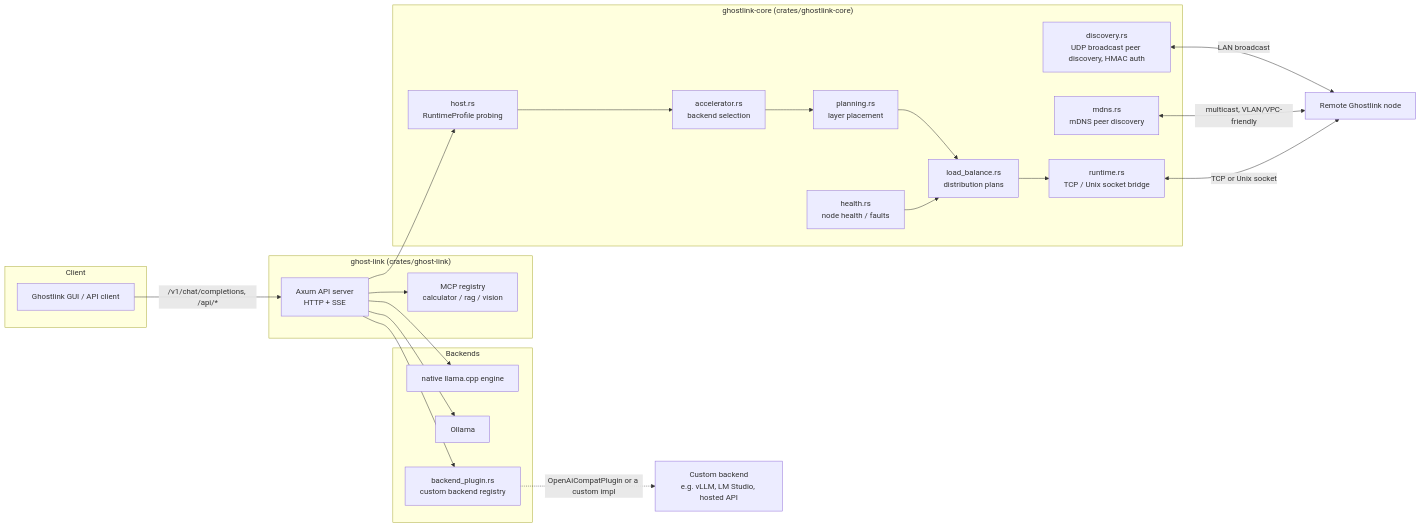
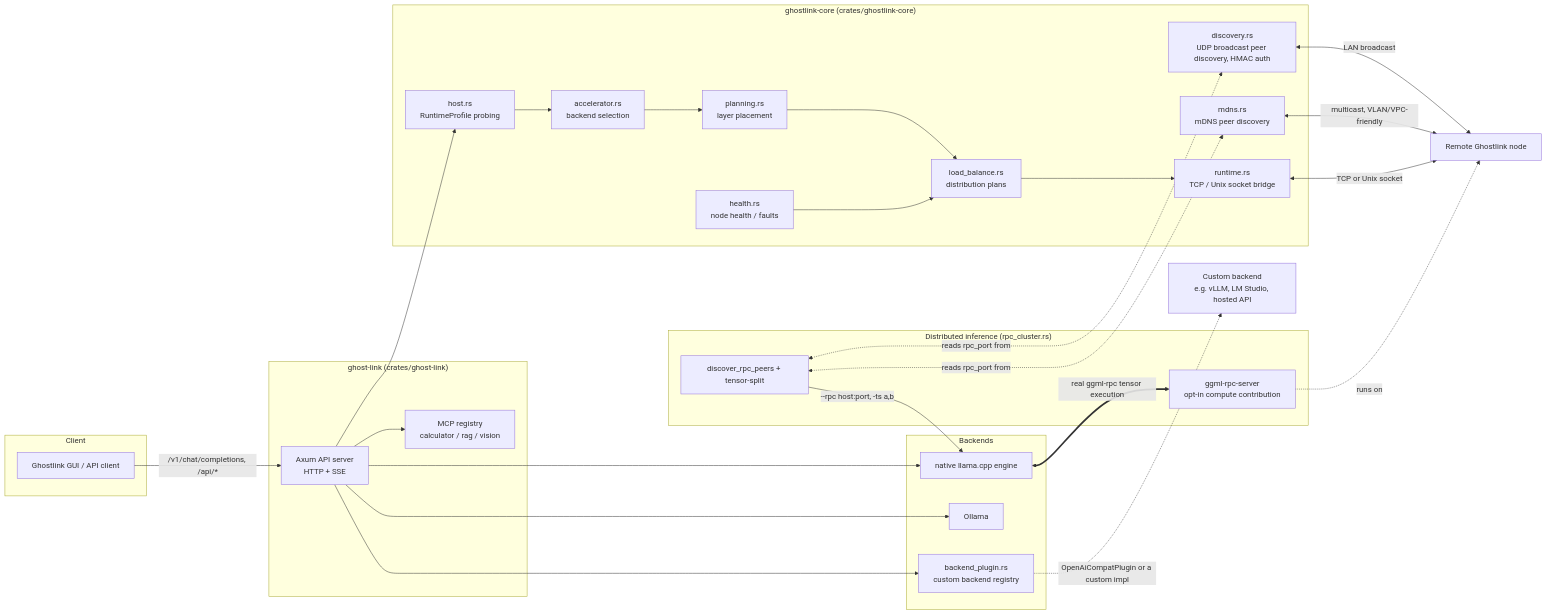
The diagram in docs/ARCHITECTURE.md (rwilliamspbg-ops/Ghostlink), drawn with Mermaid before and after one commit. The commit also changed other lines of this file and 9 other files, not shown here.

````diff
--- a/docs/ARCHITECTURE.md
+++ b/docs/ARCHITECTURE.md
@@ -9,45 +9,55 @@
 ```mermaid
 flowchart LR
     subgraph Client
         UI[Ghostlink GUI / API client]
     end
 
     subgraph "ghost-link (crates/ghost-link)"
         API[Axum API server\nHTTP + SSE]
         MCP[MCP registry\ncalculator / rag / vision]
     end
 
     subgraph "ghostlink-core (crates/ghostlink-core)"
         Discovery[discovery.rs\nUDP broadcast peer discovery, HMAC auth]
         Mdns[mdns.rs\nmDNS peer discovery]
         Host[host.rs\nRuntimeProfile probing]
         Accel[accelerator.rs\nbackend selection]
         Planning[planning.rs\nlayer placement]
         LoadBalance[load_balance.rs\ndistribution plans]
         Health[health.rs\nnode health / faults]
         Runtime[runtime.rs\nTCP / Unix socket bridge]
     end
 
     subgraph Backends
         Native[native llama.cpp engine]
         Ollama[Ollama]
         Plugin[backend_plugin.rs\ncustom backend registry]
     end
 
+    subgraph "Distributed inference (rpc_cluster.rs)"
+        RpcOrchestrate[discover_rpc_peers + tensor-split]
+        RpcContribute[ggml-rpc-server\nopt-in compute contribution]
+    end
+
     Peer[Remote Ghostlink node]
     CustomBackend[Custom backend\ne.g. vLLM, LM Studio, hosted API]
 
     UI -->|/v1/chat/completions, /api/*| API
     API --> MCP
     API --> Native
     API --> Ollama
     API --> Plugin
     Plugin -.->|OpenAiCompatPlugin or a custom impl| CustomBackend
     API --> Host
     Host --> Accel --> Planning --> LoadBalance
     LoadBalance --> Runtime
     Discovery <-->|LAN broadcast| Peer
     Mdns <-->|multicast, VLAN/VPC-friendly| Peer
     Runtime <-->|TCP or Unix socket| Peer
     Health --> LoadBalance
+    RpcOrchestrate -->|--rpc host:port, -ts a,b| Native
+    RpcOrchestrate <-.->|reads rpc_port from| Discovery
+    RpcOrchestrate <-.->|reads rpc_port from| Mdns
+    Native <==>|real ggml-rpc tensor execution| RpcContribute
+    RpcContribute -.->|runs on| Peer
 ```
````
